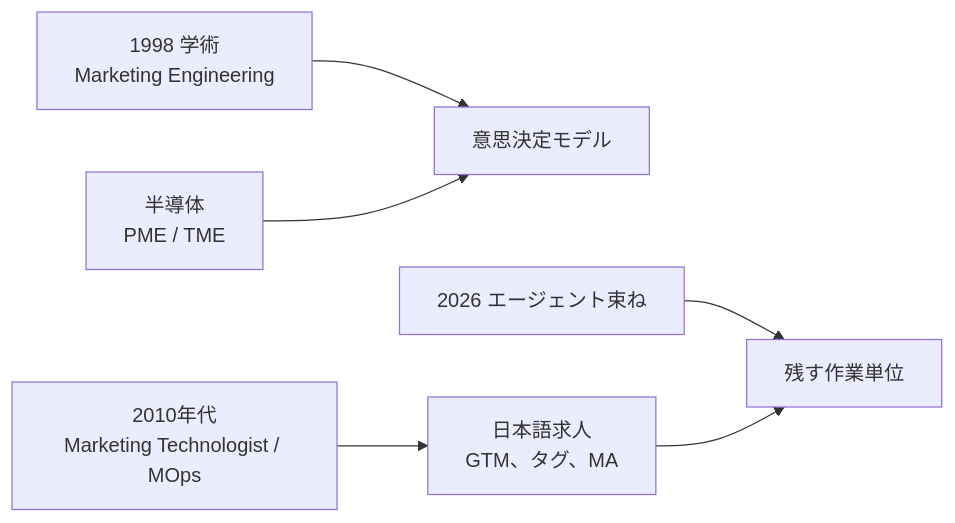
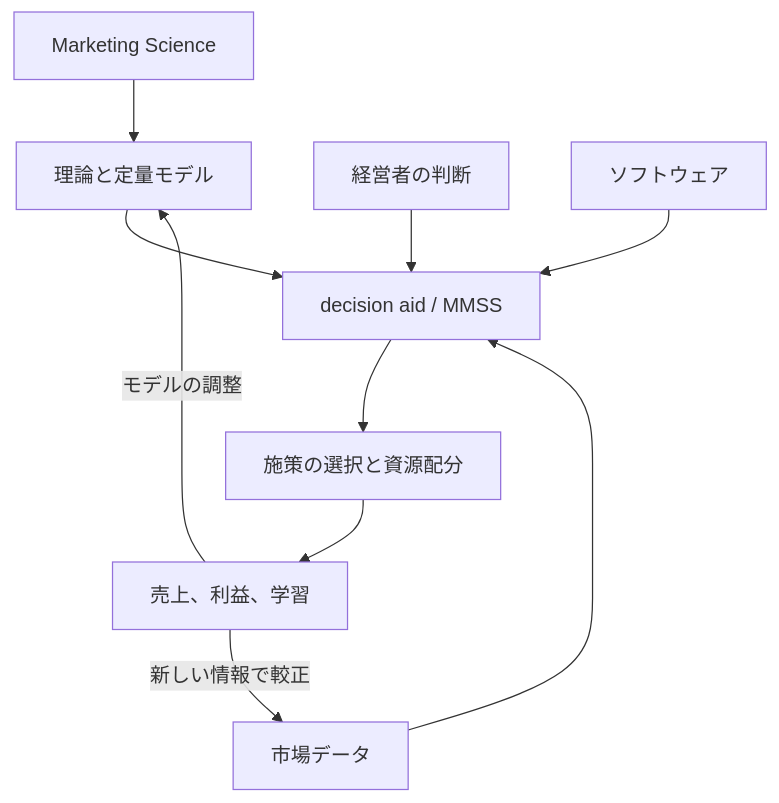
Before and after one commit to suwa-sh/zenn-contents: the first of 3 diagrams in articles/marketing-engineer-2026_20260907.md, drawn with Mermaid. The commit also changed other lines of this file and 2 other files, not shown here.

Commit message:
docs: update Zenn draft marketing-engineer-2026_20260907

````diff
--- a/articles/marketing-engineer-2026_20260907.md
+++ b/articles/marketing-engineer-2026_20260907.md
@@ -72,8 +42,12 @@
 ```mermaid
-flowchart LR
-  academic["1998 学術<br/>Marketing Engineering"] --> distant["意思決定モデル"]
-  hw["半導体<br/>PME / TME"] --> distant
-  martech["2010年代<br/>Marketing Technologist / MOps"] --> jpjobs["日本語求人<br/>GTM、タグ、MA"]
-  cluster2026["2026 エージェント束ね"] --> work["残す作業単位"]
-  jpjobs --> work
+flowchart TD
+  Sci["Marketing Science"] --> Know["理論と定量モデル"]
+  Data["市場データ"] --> Aid["decision aid / MMSS"]
+  Know --> Aid
+  Judge["経営者の判断"] --> Aid
+  Soft["ソフトウェア"] --> Aid
+  Aid --> Dec["施策の選択と資源配分"]
+  Dec --> Out["売上、利益、学習"]
+  Out -->|"新しい情報で較正"| Data
+  Out -->|"モデルの調整"| Know
 ```
````
